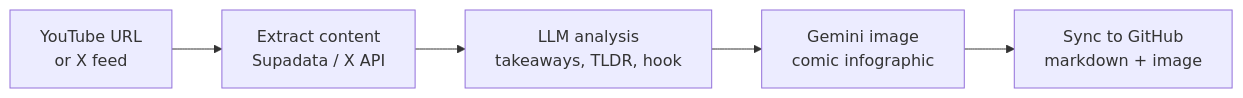
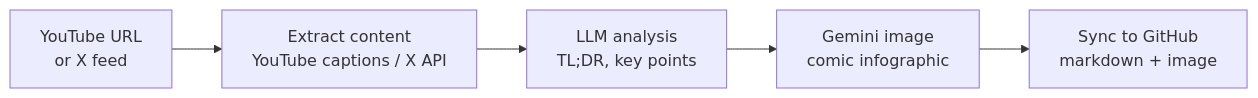
One commit to berkayildi/mcp-content-pipeline changed the diagram in README.md. Above: the diagram before and after it, drawn with Mermaid. The commit also changed other lines of this file and 24 other files, not shown here.

````diff
--- a/README.md
+++ b/README.md
@@ -10,7 +10,7 @@
 ```mermaid
 flowchart LR
-    A[YouTube URL<br/>or X feed] --> B[Extract content<br/>Supadata / X API]
-    B --> C[LLM analysis<br/>takeaways, TLDR, hook]
+    A[YouTube URL<br/>or X feed] --> B[Extract content<br/>YouTube captions / X API]
+    B --> C[LLM analysis<br/>TL;DR, key points]
     C --> D[Gemini image<br/>comic infographic]
     D --> E[Sync to GitHub<br/>markdown + image]
 ```
````
